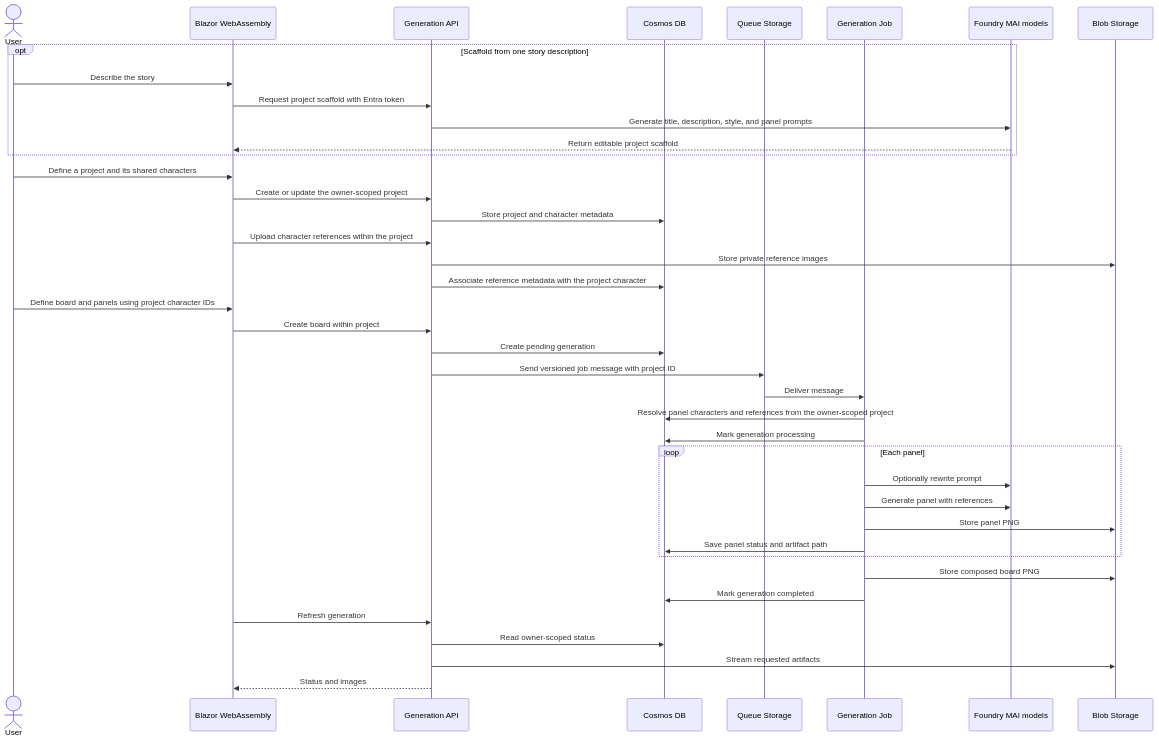
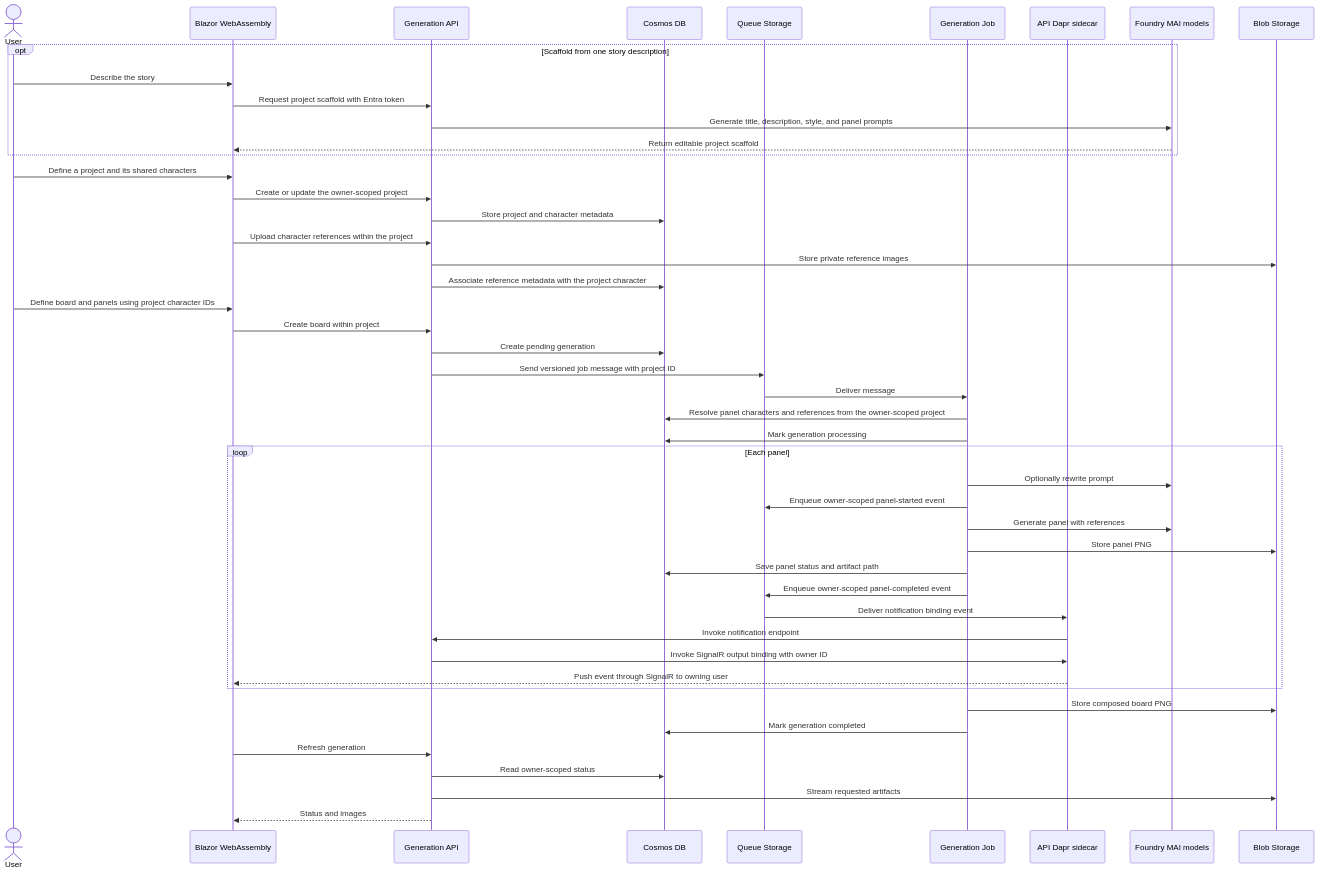
The second of 2 diagrams in docs/architecture.md (mathieumack/foundry-comics-mai), drawn with Mermaid before and after one commit. The commit also changed other lines of this file and 11 other files, not shown here.

First line of the commit message:
Emit per-user panel generation notifications through Dapr (#34)

````diff
--- a/docs/architecture.md
+++ b/docs/architecture.md
@@ -45,42 +45,49 @@
 ```mermaid
 sequenceDiagram
     actor User
     participant Web as Blazor WebAssembly
     participant API as Generation API
     participant DB as Cosmos DB
     participant Queue as Queue Storage
     participant Job as Generation Job
+    participant Dapr as API Dapr sidecar
     participant MAI as Foundry MAI models
     participant Blob as Blob Storage
     opt Scaffold from one story description
         User->>Web: Describe the story
         Web->>API: Request project scaffold with Entra token
         API->>MAI: Generate title, description, style, and panel prompts
         MAI-->>Web: Return editable project scaffold
     end
     User->>Web: Define a project and its shared characters
     Web->>API: Create or update the owner-scoped project
     API->>DB: Store project and character metadata
     Web->>API: Upload character references within the project
     API->>Blob: Store private reference images
     API->>DB: Associate reference metadata with the project character
     User->>Web: Define board and panels using project character IDs
     Web->>API: Create board within project
     API->>DB: Create pending generation
     API->>Queue: Send versioned job message with project ID
     Queue->>Job: Deliver message
     Job->>DB: Resolve panel characters and references from the owner-scoped project
     Job->>DB: Mark generation processing
     loop Each panel
         Job->>MAI: Optionally rewrite prompt
+        Job->>Queue: Enqueue owner-scoped panel-started event
         Job->>MAI: Generate panel with references
         Job->>Blob: Store panel PNG
         Job->>DB: Save panel status and artifact path
+        Job->>Queue: Enqueue owner-scoped panel-completed event
+        Queue->>Dapr: Deliver notification binding event
+        Dapr->>API: Invoke notification endpoint
+        API->>Dapr: Invoke SignalR output binding with owner ID
+        Dapr-->>Web: Push event through SignalR to owning user
     end
     Job->>Blob: Store composed board PNG
     Job->>DB: Mark generation completed
     Web->>API: Refresh generation
     API->>DB: Read owner-scoped status
     API->>Blob: Stream requested artifacts
     API-->>Web: Status and images
 ```
````
